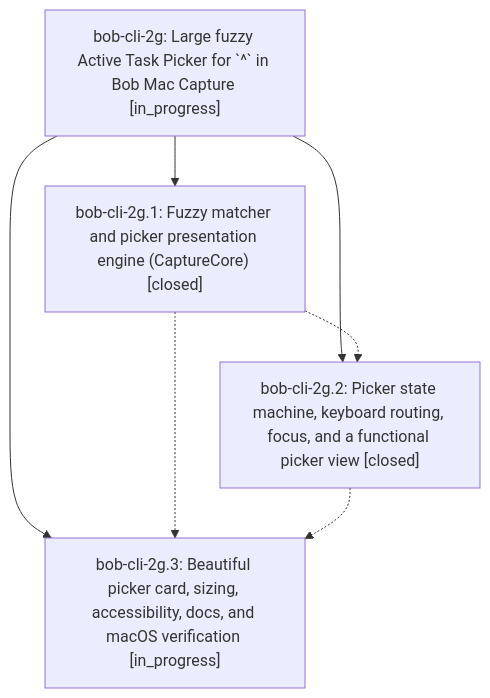
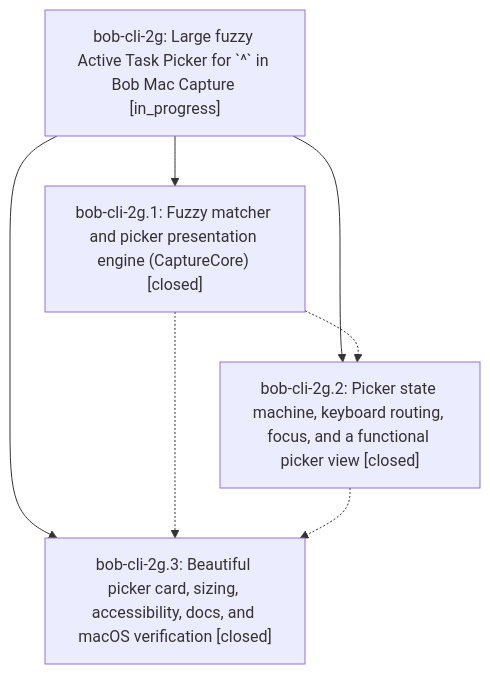
One commit to bobs-org/bob-cli--beads changed the diagram in pages/bob-cli-2g/README.md. Above: the diagram before and after it, drawn with Mermaid. The commit also changed other lines of this file and 3 other files, not shown here.

First line of the commit message:
chore(beads): sync bead state and pages for bob-cli-2g

````diff
--- a/pages/bob-cli-2g/README.md
+++ b/pages/bob-cli-2g/README.md
@@ -24,13 +24,13 @@
 ```mermaid
 flowchart TD
     n0["bob-cli-2g: Large fuzzy Active Task Picker for `^` in Bob Mac Capture [in_progress]"]
     n1["bob-cli-2g.1: Fuzzy matcher and picker presentation engine (CaptureCore) [closed]"]
     n2["bob-cli-2g.2: Picker state machine, keyboard routing, focus, and a functional picker view [closed]"]
-    n3["bob-cli-2g.3: Beautiful picker card, sizing, accessibility, docs, and macOS verification [in_progress]"]
+    n3["bob-cli-2g.3: Beautiful picker card, sizing, accessibility, docs, and macOS verification [closed]"]
     n0 --> n1
     n0 --> n2
     n0 --> n3
     n1 -.-> n2
     n1 -.-> n3
     n2 -.-> n3
 ```
````
